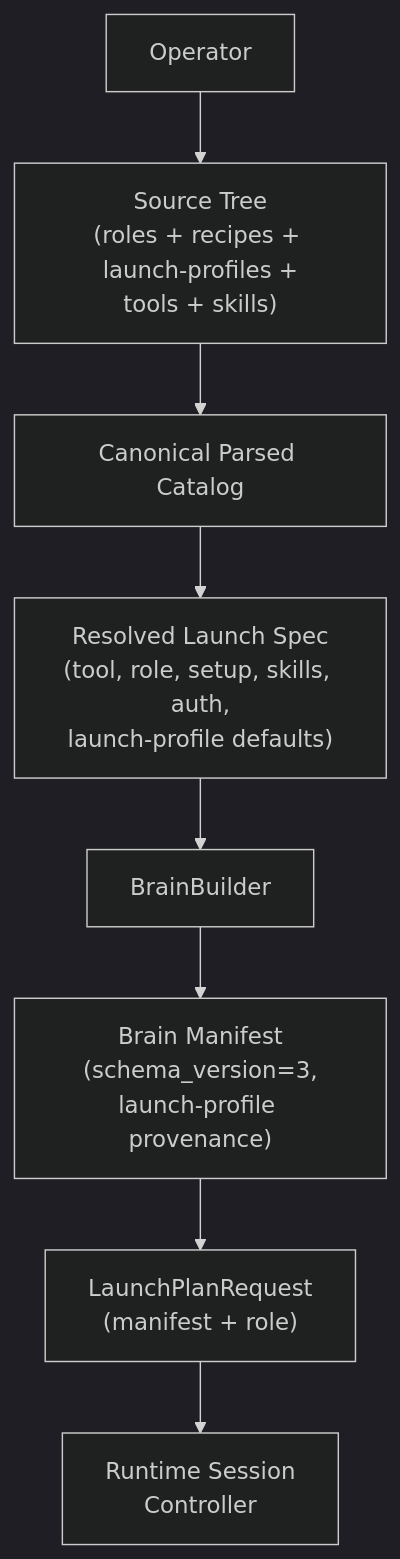
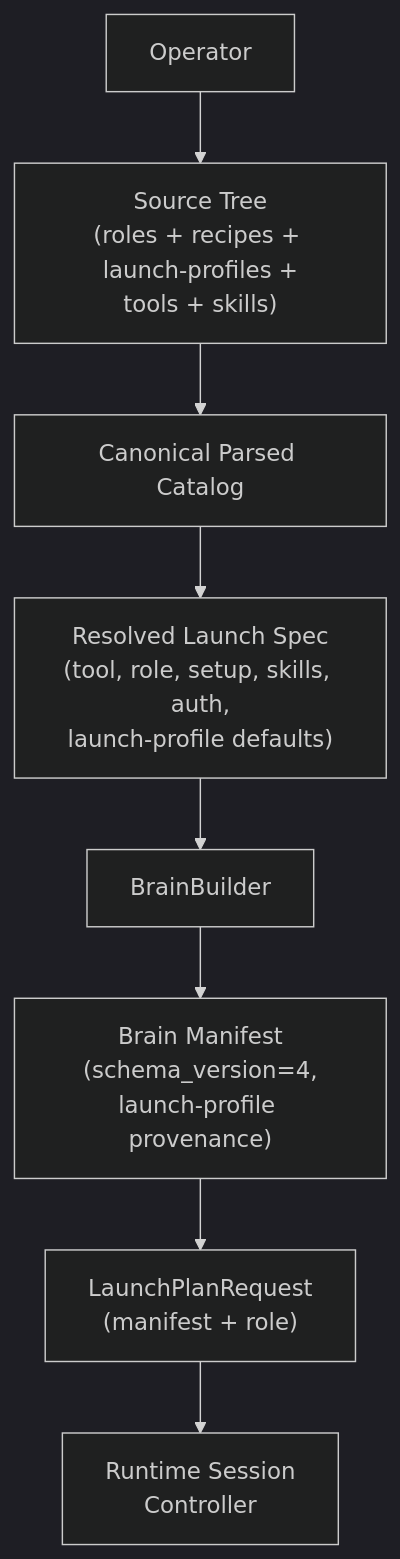
Before and after one commit to igamenovoer/houmao: the diagram in docs/getting-started/overview.md, drawn with Mermaid (dark theme). The commit also changed 12 other files, not shown here.

````diff
--- a/docs/getting-started/overview.md
+++ b/docs/getting-started/overview.md
@@ -7,10 +7,10 @@
 ```mermaid
 flowchart TD
     Op["Operator"] --> SRC["Source Tree<br/>(roles + recipes + launch-profiles +<br/>tools + skills)"]
     SRC --> CAT["Canonical Parsed Catalog"]
     CAT --> RLS["Resolved Launch Spec<br/>(tool, role, setup, skills, auth,<br/>launch-profile defaults)"]
     RLS --> BB["BrainBuilder"]
-    BB --> BM["Brain Manifest<br/>(schema_version=3,<br/>launch-profile provenance)"]
+    BB --> BM["Brain Manifest<br/>(schema_version=4,<br/>launch-profile provenance)"]
     BM --> LP["LaunchPlanRequest<br/>(manifest + role)"]
     LP --> RT["Runtime Session<br/>Controller"]
 ```
````
